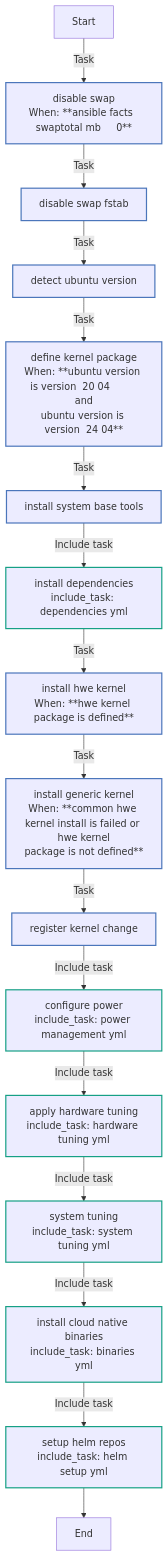
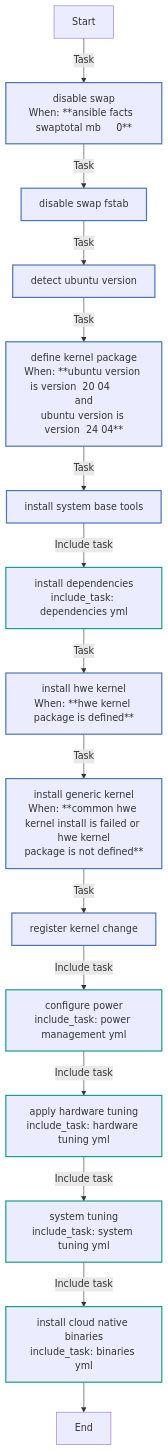
The fifth of 9 diagrams in roles/common/README.md (rou-cru/k3s-homelab), drawn with Mermaid before and after one commit. The commit also changed other lines of this file and 116 other files, not shown here.

````diff
--- a/roles/common/README.md
+++ b/roles/common/README.md
@@ -555,28 +565,27 @@
 ```mermaid
 flowchart TD
 Start
 classDef block stroke:#3498db,stroke-width:2px;
 classDef task stroke:#4b76bb,stroke-width:2px;
 classDef includeTasks stroke:#16a085,stroke-width:2px;
 classDef importTasks stroke:#34495e,stroke-width:2px;
 classDef includeRole stroke:#2980b9,stroke-width:2px;
 classDef importRole stroke:#699ba7,stroke-width:2px;
 classDef includeVars stroke:#8e44ad,stroke-width:2px;
 classDef rescue stroke:#665352,stroke-width:2px;
 
   Start-->|Task| Disable_swap0[disable swap<br>When: **ansible facts  swaptotal mb     0**]:::task
   Disable_swap0-->|Task| Disable_swap__fstab_1[disable swap  fstab ]:::task
   Disable_swap__fstab_1-->|Task| Detect_Ubuntu_version2[detect ubuntu version]:::task
   Detect_Ubuntu_version2-->|Task| Define_kernel_package3[define kernel package<br>When: **ubuntu version is version  20 04         and<br>ubuntu version is version  24 04**]:::task
   Define_kernel_package3-->|Task| Install_system_base_tools4[install system base tools]:::task
   Install_system_base_tools4-->|Include task| Install_dependencies_dependencies_yml_5[install dependencies<br>include_task: dependencies yml]:::includeTasks
   Install_dependencies_dependencies_yml_5-->|Task| Install_HWE_kernel6[install hwe kernel<br>When: **hwe kernel package is defined**]:::task
   Install_HWE_kernel6-->|Task| Install_generic_kernel7[install generic kernel<br>When: **common hwe kernel install is failed or hwe kernel<br>package is not defined**]:::task
   Install_generic_kernel7-->|Task| Register_kernel_change8[register kernel change]:::task
   Register_kernel_change8-->|Include task| Configure_power_power_management_yml_9[configure power<br>include_task: power management yml]:::includeTasks
   Configure_power_power_management_yml_9-->|Include task| Apply_hardware_tuning_hardware_tuning_yml_10[apply hardware tuning<br>include_task: hardware tuning yml]:::includeTasks
   Apply_hardware_tuning_hardware_tuning_yml_10-->|Include task| System_Tuning_system_tuning_yml_11[system tuning<br>include_task: system tuning yml]:::includeTasks
   System_Tuning_system_tuning_yml_11-->|Include task| Install_Cloud_Native_Binaries_binaries_yml_12[install cloud native binaries<br>include_task: binaries yml]:::includeTasks
-  Install_Cloud_Native_Binaries_binaries_yml_12-->|Include task| Setup_Helm_Repos_helm_setup_yml_13[setup helm repos<br>include_task: helm setup yml]:::includeTasks
-  Setup_Helm_Repos_helm_setup_yml_13-->End
+  Install_Cloud_Native_Binaries_binaries_yml_12-->End
 ```
````
